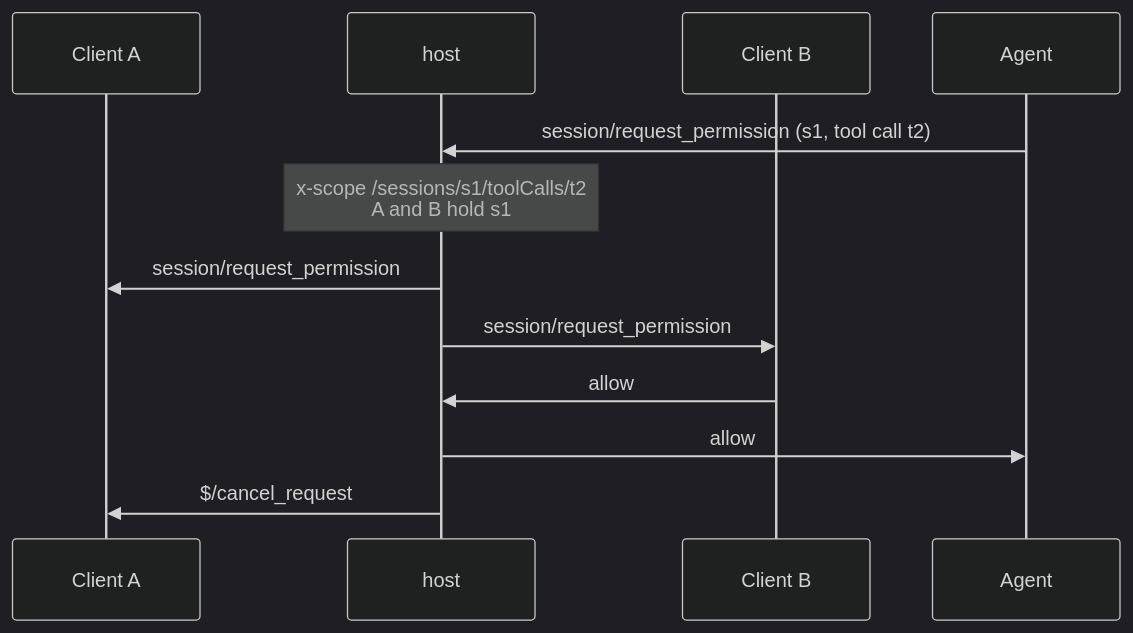
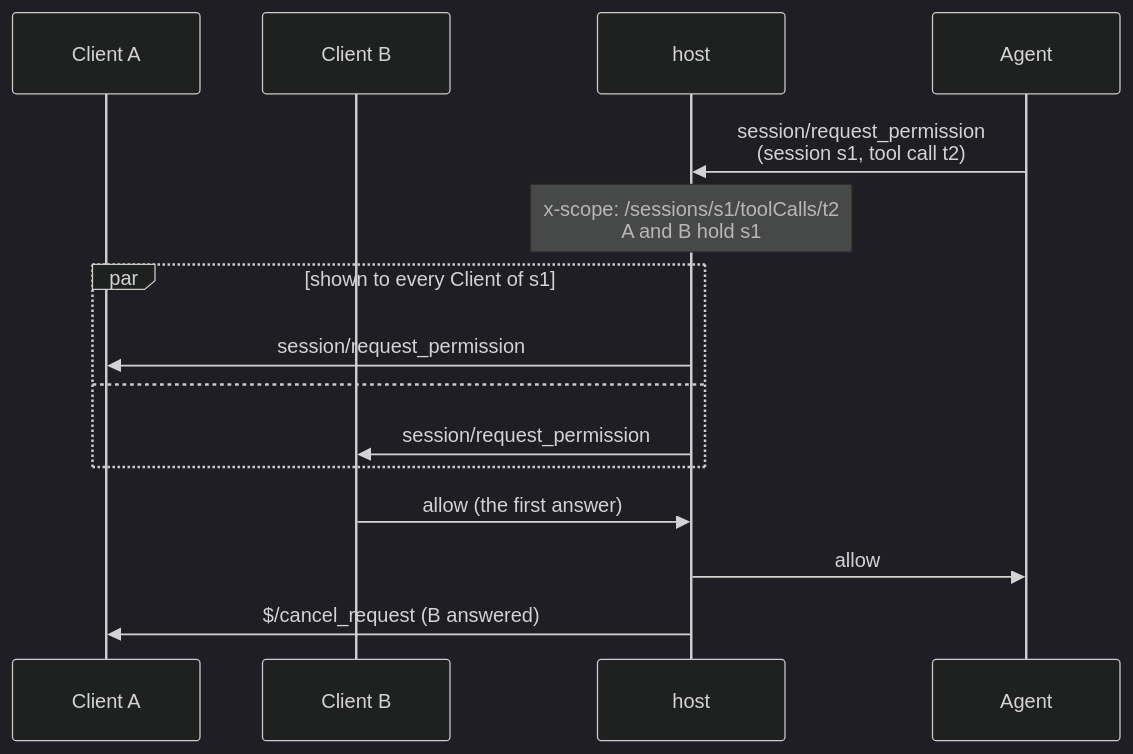
One commit to slapoguzov/acp-thin-host changed the second of 2 diagrams in README.md. Above: the diagram before and after it, drawn with Mermaid (dark theme).

Commit message:
README: Clients side by side in the permission diagram

````diff
--- a/README.md
+++ b/README.md
@@ -65,14 +65,17 @@
 ```mermaid
 sequenceDiagram
   participant A as Client A
+  participant B as Client B
   participant H as host
-  participant B as Client B
   participant G as Agent
-  G->>H: session/request_permission (s1, tool call t2)
-  Note over H: x-scope /sessions/s1/toolCalls/t2<br/>A and B hold s1
-  H->>A: session/request_permission
-  H->>B: session/request_permission
-  B->>H: allow
+  G->>H: session/request_permission<br/>(session s1, tool call t2)
+  Note over H: x-scope: /sessions/s1/toolCalls/t2<br/>A and B hold s1
+  par shown to every Client of s1
+    H->>A: session/request_permission
+  and
+    H->>B: session/request_permission
+  end
+  B->>H: allow (the first answer)
   H->>G: allow
-  H->>A: $/cancel_request
+  H->>A: $/cancel_request (B answered)
 ```
````
